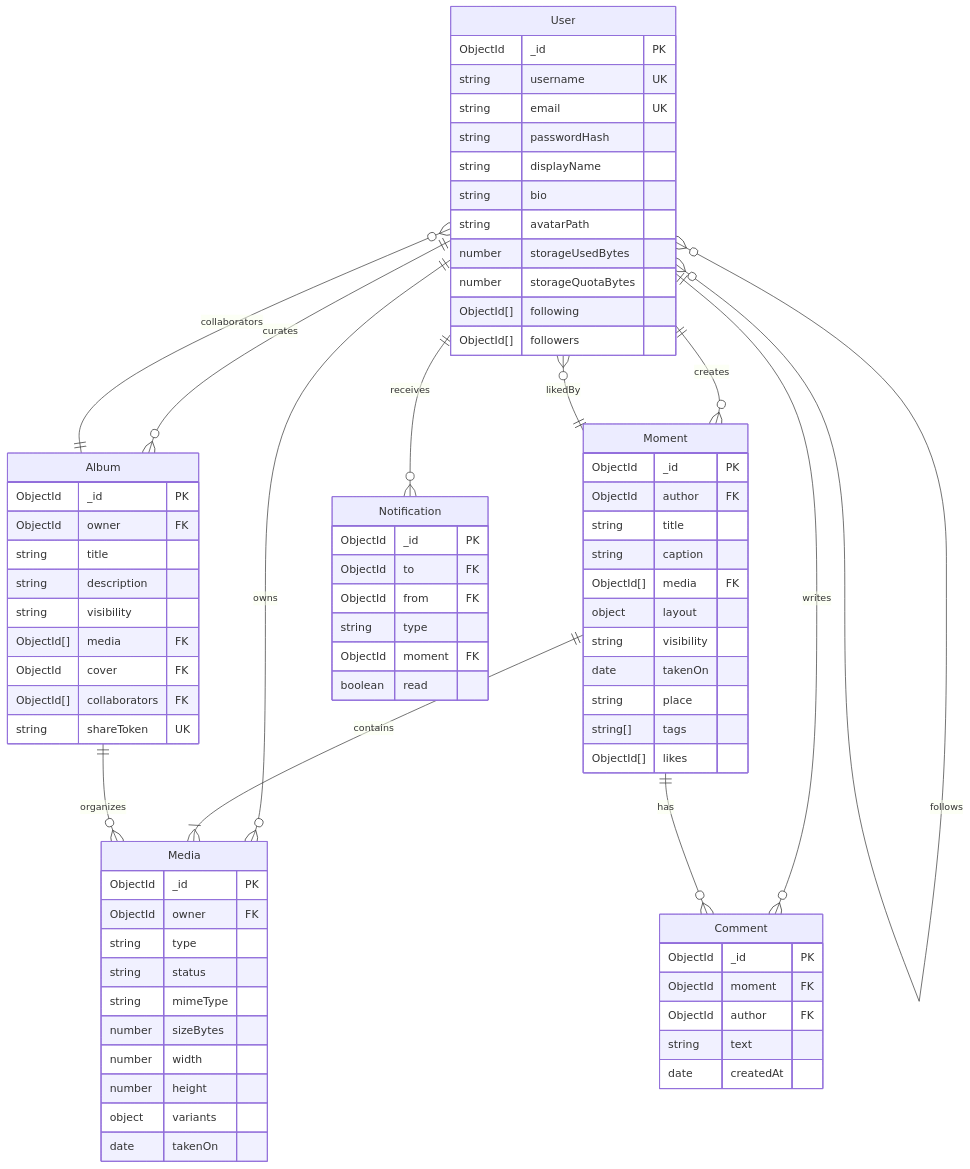
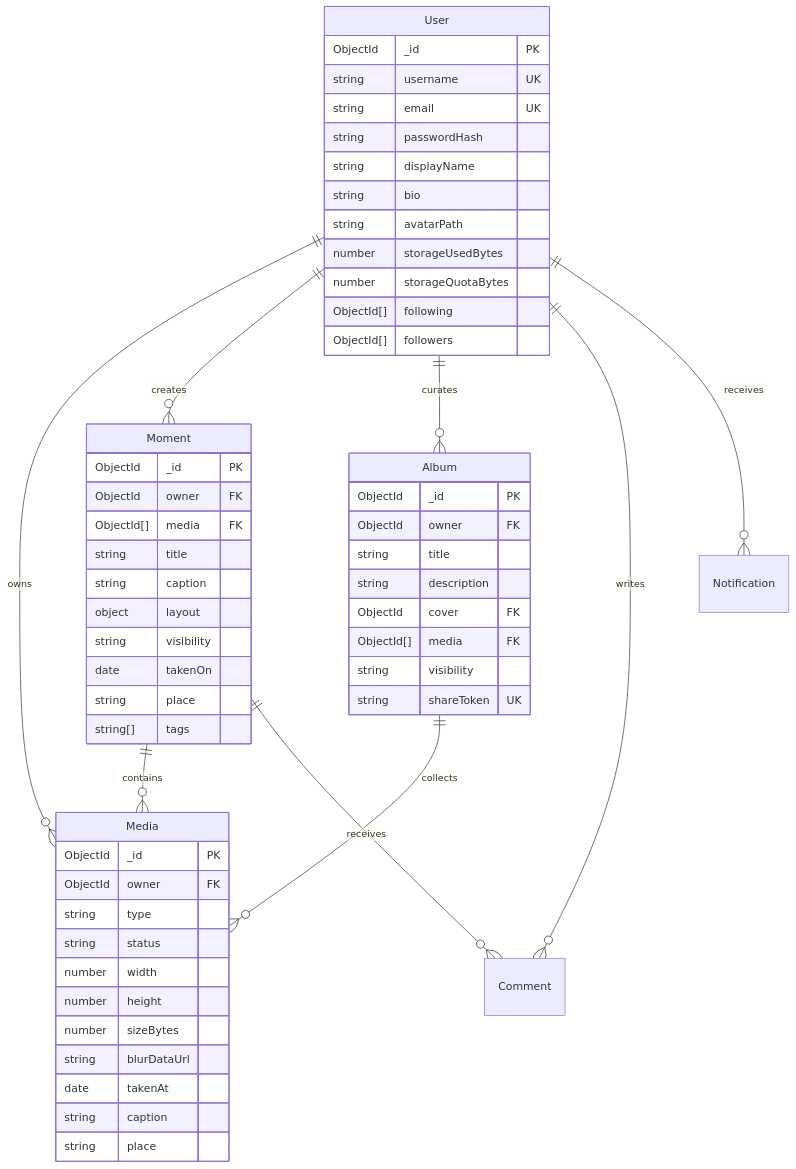
One commit to princek58/codealpha_task_Keepsake changed the second of 2 diagrams in README.md. Above: the diagram before and after it, drawn with Mermaid. The commit also changed other lines of this file and 175 other files, not shown here.

````diff
--- a/README.md
+++ b/README.md
@@ -100,14 +134,9 @@
     User ||--o{ Album : curates
     User ||--o{ Comment : writes
     User ||--o{ Notification : receives
-    User }o--o{ User : follows
-
-    Moment ||--|{ Media : contains
-    Moment ||--o{ Comment : has
-    Moment ||--o{ User : likedBy
-
-    Album ||--o{ Media : organizes
-    Album ||--o{ User : collaborators
+    Moment ||--o{ Media : contains
+    Moment ||--o{ Comment : receives
+    Album ||--o{ Media : collects
 
     User {
         ObjectId _id PK
@@ -128,26 +157,26 @@
         ObjectId owner FK
         string type
         string status
-        string mimeType
-        number sizeBytes
         number width
         number height
-        object variants
-        date takenOn
+        number sizeBytes
+        string blurDataUrl
+        date takenAt
+        string caption
+        string place
     }
 
     Moment {
         ObjectId _id PK
-        ObjectId author FK
+        ObjectId owner FK
+        ObjectId[] media FK
         string title
         string caption
-        ObjectId[] media FK
         object layout
         string visibility
         date takenOn
         string place
         string[] tags
-        ObjectId[] likes
     }
 
     Album {
@@ -155,27 +184,9 @@
         ObjectId owner FK
         string title
         string description
+        ObjectId cover FK
+        ObjectId[] media FK
         string visibility
-        ObjectId[] media FK
-        ObjectId cover FK
-        ObjectId[] collaborators FK
         string shareToken UK
     }
-
-    Comment {
-        ObjectId _id PK
-        ObjectId moment FK
-        ObjectId author FK
-        string text
-        date createdAt
-    }
-
-    Notification {
-        ObjectId _id PK
-        ObjectId to FK
-        ObjectId from FK
-        string type
-        ObjectId moment FK
-        boolean read
-    }
 ```
````
